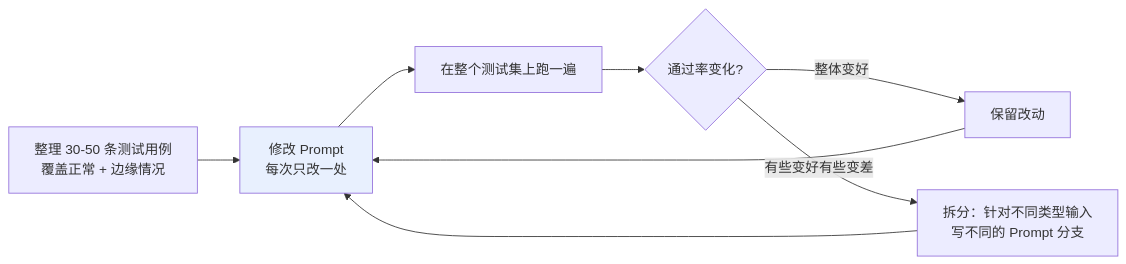
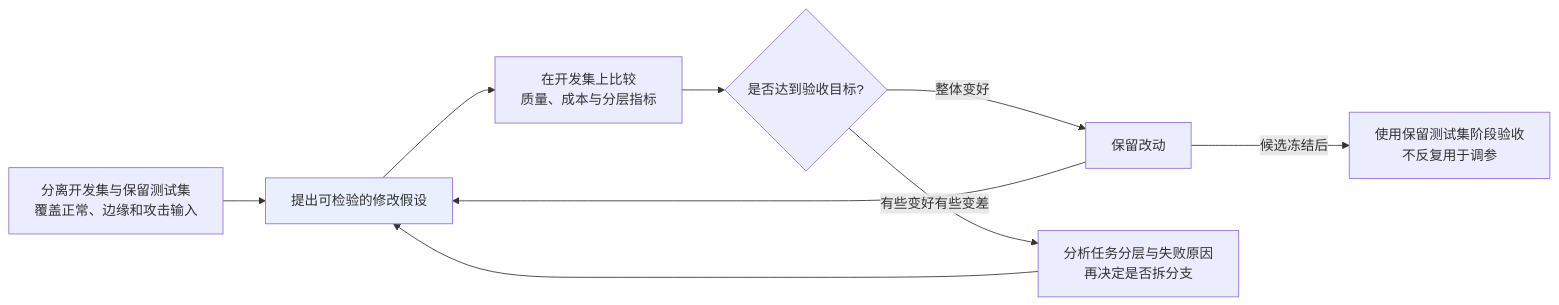
One commit to oneleaveknowsthefall/awesome-ai-roadmap changed the second of 2 diagrams in docs/llm/04-prompt-reliability/16-prompt-engineering.md. Above: the diagram before and after it, drawn with Mermaid. The commit also changed other lines of this file and 45 other files, not shown here.

````diff
--- a/docs/llm/04-prompt-reliability/16-prompt-engineering.md
+++ b/docs/llm/04-prompt-reliability/16-prompt-engineering.md
@@ -207,12 +220,13 @@
 ```mermaid
 flowchart LR
-    A["整理 30-50 条测试用例<br/>覆盖正常 + 边缘情况"] --> B["修改 Prompt<br/>每次只改一处"]
-    B --> C["在整个测试集上跑一遍"]
-    C --> D{"通过率变化?"}
+    A["分离开发集与保留测试集<br/>覆盖正常、边缘和攻击输入"] --> B["提出可检验的修改假设"]
+    B --> C["在开发集上比较<br/>质量、成本与分层指标"]
+    C --> D{"是否达到验收目标?"}
     D -->|整体变好| E["保留改动"]
-    D -->|有些变好有些变差| F["拆分：针对不同类型输入<br/>写不同的 Prompt 分支"]
+    D -->|有些变好有些变差| F["分析任务分层与失败原因<br/>再决定是否拆分支"]
     E --> B
     F --> B
+    E -->|候选冻结后| H["使用保留测试集阶段验收<br/>不反复用于调参"]
 
     style B fill:#e8f0fe
 ```
````
